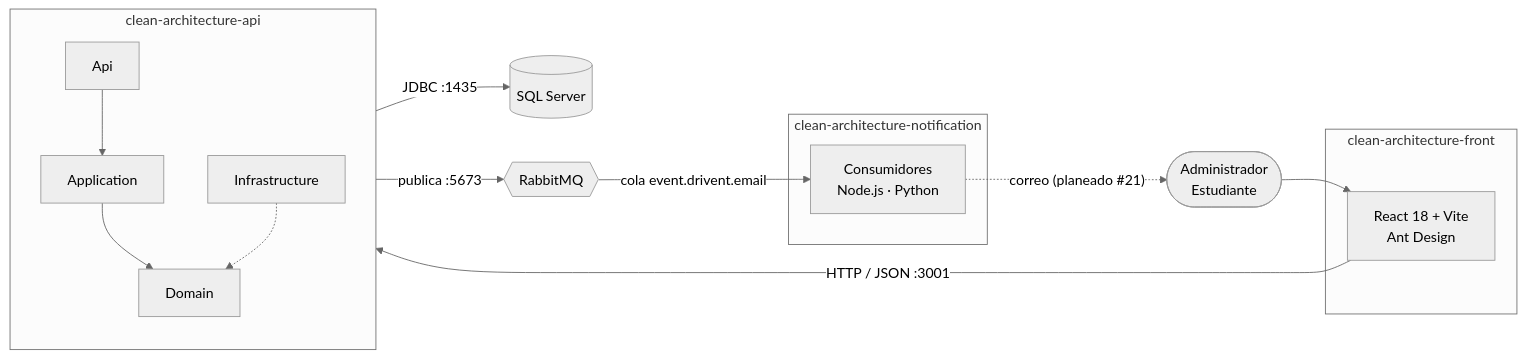
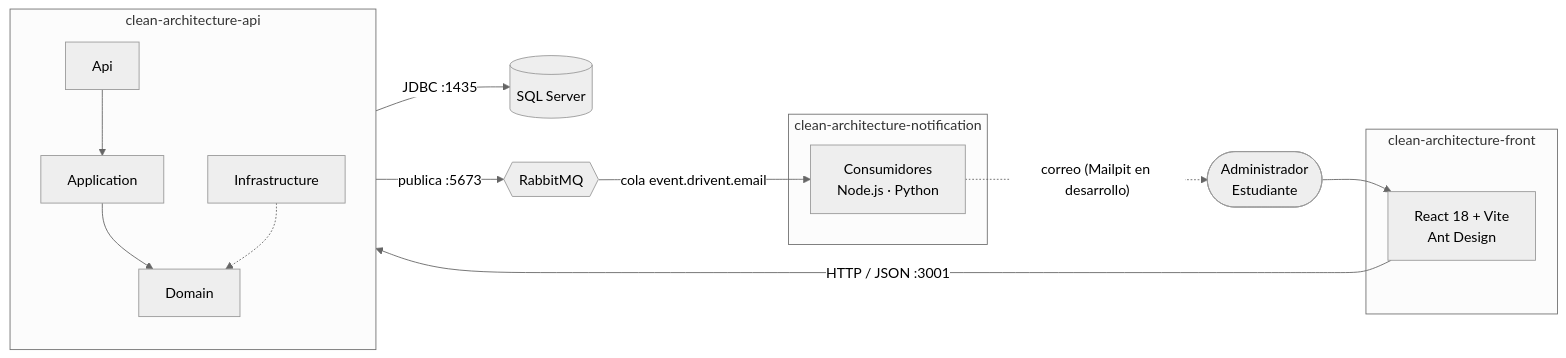
Before and after one commit to SemilleroSOLID/clean-architecture-api: the first of 8 diagrams in README.md, drawn with Mermaid (neutral theme). The commit also changed other lines of this file, not shown here.

````diff
--- a/README.md
+++ b/README.md
@@ -71,24 +114,24 @@
 ```mermaid
 flowchart LR
     U([Administrador<br/>Estudiante]) --> F
 
     subgraph front["clean-architecture-front"]
         F["React 18 + Vite<br/>Ant Design"]
     end
 
     subgraph api["clean-architecture-api"]
         direction TB
         A1[Api] --> A2[Application] --> A3[Domain]
         A4[Infrastructure] -.-> A3
     end
 
     subgraph notif["clean-architecture-notification"]
         C["Consumidores<br/>Node.js · Python"]
     end
 
     F -- "HTTP / JSON :3001" --> A1
     A4 -- "JDBC :1435" --> DB[(SQL Server)]
     A4 -- "publica :5673" --> MQ{{RabbitMQ}}
     MQ -- "cola event.drivent.email" --> C
-    C -. "correo (planeado #21)" .-> U
+    C -. "correo (Mailpit en desarrollo)" .-> U
 ```
````
